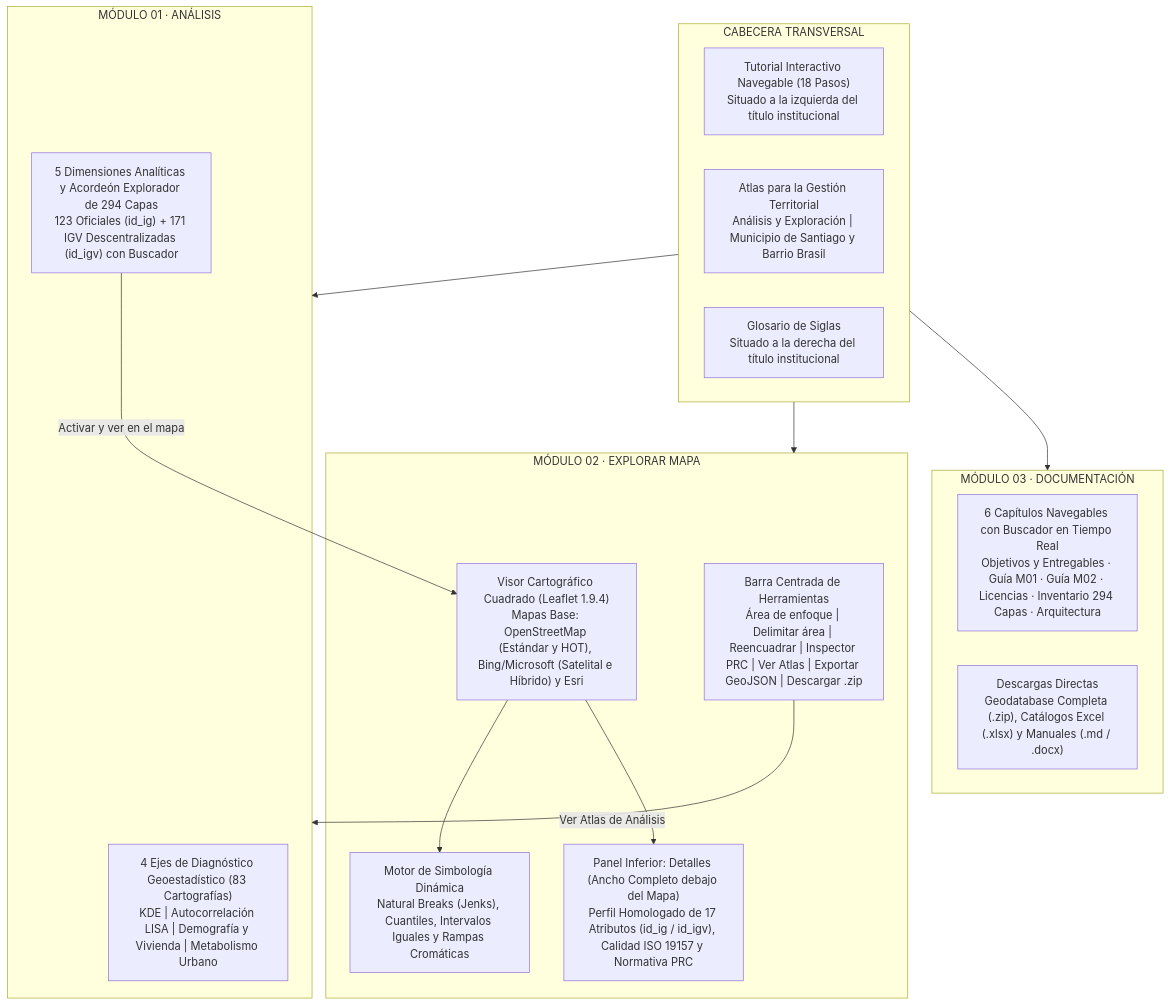
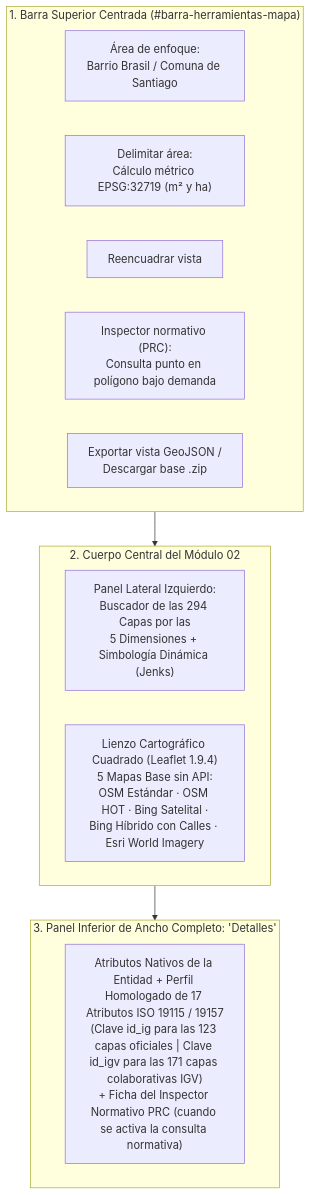
The second of 2 diagrams in docs/MANUAL_USO.md (GEOJOTA/atlas-vgi-barrio-brasil), drawn with Mermaid before and after one commit. The commit also changed other lines of this file and 22 other files, not shown here.

Commit message:
docs(prototipo-02): profundizar documentacion navegable y manuales en lenguaje claro y coherente con el prototipo 02 (v63)

````diff
--- a/docs/MANUAL_USO.md
+++ b/docs/MANUAL_USO.md
@@ -22,30 +88,21 @@
 ```mermaid
 flowchart TD
-    subgraph CAB["CABECERA TRANSVERSAL"]
-        T1["Tutorial Interactivo Navegable (18 Pasos)<br/>Situado a la izquierda del título institucional"]
-        T2["Atlas para la Gestión Territorial<br/>Análisis y Exploración | Municipio de Santiago y Barrio Brasil"]
-        T3["Glosario de Siglas<br/>Situado a la derecha del título institucional"]
+    subgraph BARRA["1. Barra Superior Centrada (#barra-herramientas-mapa)"]
+        B1["Área de enfoque:\nBarrio Brasil / Comuna de Santiago"]
+        B2["Delimitar área:\nCálculo métrico EPSG:32719 (m² y ha)"]
+        B3["Reencuadrar vista"]
+        B4["Inspector normativo (PRC):\nConsulta punto en polígono bajo demanda"]
+        B5["Exportar vista GeoJSON /\nDescargar base .zip"]
     end
 
-    subgraph M01["MÓDULO 01 · ANÁLISIS"]
-        N1["4 Ejes de Diagnóstico Geoestadístico (83 Cartografías)<br/>KDE | Autocorrelación LISA | Demografía y Vivienda | Metabolismo Urbano"]
-        D1["5 Dimensiones Analíticas y Acordeón Explorador de 294 Capas<br/>123 Oficiales (id_ig) + 171 IGV Descentralizadas (id_igv) con Buscador"]
+    subgraph CENTRO["2. Cuerpo Central del Módulo 02"]
+        LAT["Panel Lateral Izquierdo:\nBuscador de las 294 Capas por las\n5 Dimensiones + Simbología Dinámica (Jenks)"]
+        VISOR["Lienzo Cartográfico Cuadrado (Leaflet 1.9.4)\n5 Mapas Base sin API:\nOSM Estándar · OSM HOT · Bing Satelital ·\nBing Híbrido con Calles · Esri World Imagery"]
     end
 
-    subgraph M02["MÓDULO 02 · EXPLORAR MAPA"]
-        B1["Barra Centrada de Herramientas<br/>Área de enfoque | Delimitar área | Reencuadrar | Inspector PRC | Ver Atlas | Exportar GeoJSON | Descargar .zip"]
-        V1["Visor Cartográfico Cuadrado (Leaflet 1.9.4)<br/>Mapas Base: OpenStreetMap (Estándar y HOT), Bing/Microsoft (Satelital e Híbrido) y Esri"]
-        S1["Motor de Simbología Dinámica<br/>Natural Breaks (Jenks), Cuantiles, Intervalos Iguales y Rampas Cromáticas"]
-        P1["Panel Inferior: Detalles (Ancho Completo debajo del Mapa)<br/>Perfil Homologado de 17 Atributos (id_ig / id_igv), Calidad ISO 19157 y Normativa PRC"]
+    subgraph INF["3. Panel Inferior de Ancho Completo: 'Detalles'"]
+        DET["Atributos Nativos de la Entidad + Perfil Homologado de 17 Atributos ISO 19115 / 19157\n(Clave id_ig para las 123 capas oficiales | Clave id_igv para las 171 capas colaborativas IGV)\n+ Ficha del Inspector Normativo PRC (cuando se activa la consulta normativa)"]
     end
 
-    subgraph M03["MÓDULO 03 · DOCUMENTACIÓN"]
-        DOC1["6 Capítulos Navegables con Buscador en Tiempo Real<br/>Objetivos y Entregables · Guía M01 · Guía M02 · Licencias · Inventario 294 Capas · Arquitectura"]
-        DOC2["Descargas Directas<br/>Geodatabase Completa (.zip), Catálogos Excel (.xlsx) y Manuales (.md / .docx)"]
-    end
-
-    CAB --> M01 & M02 & M03
-    D1 -->|"Activar y ver en el mapa"| V1
-    B1 -->|"Ver Atlas de Análisis"| M01
-    V1 --> S1 & P1
+    BARRA --> CENTRO --> INF
 ```
````
